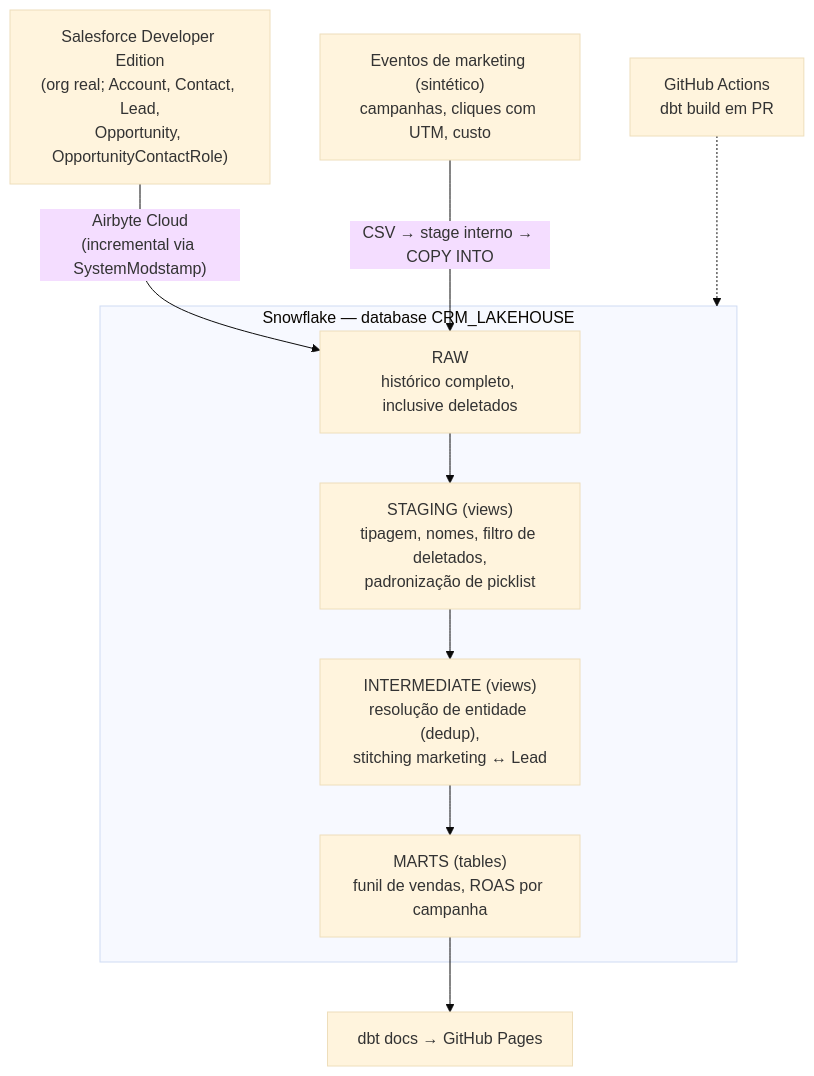
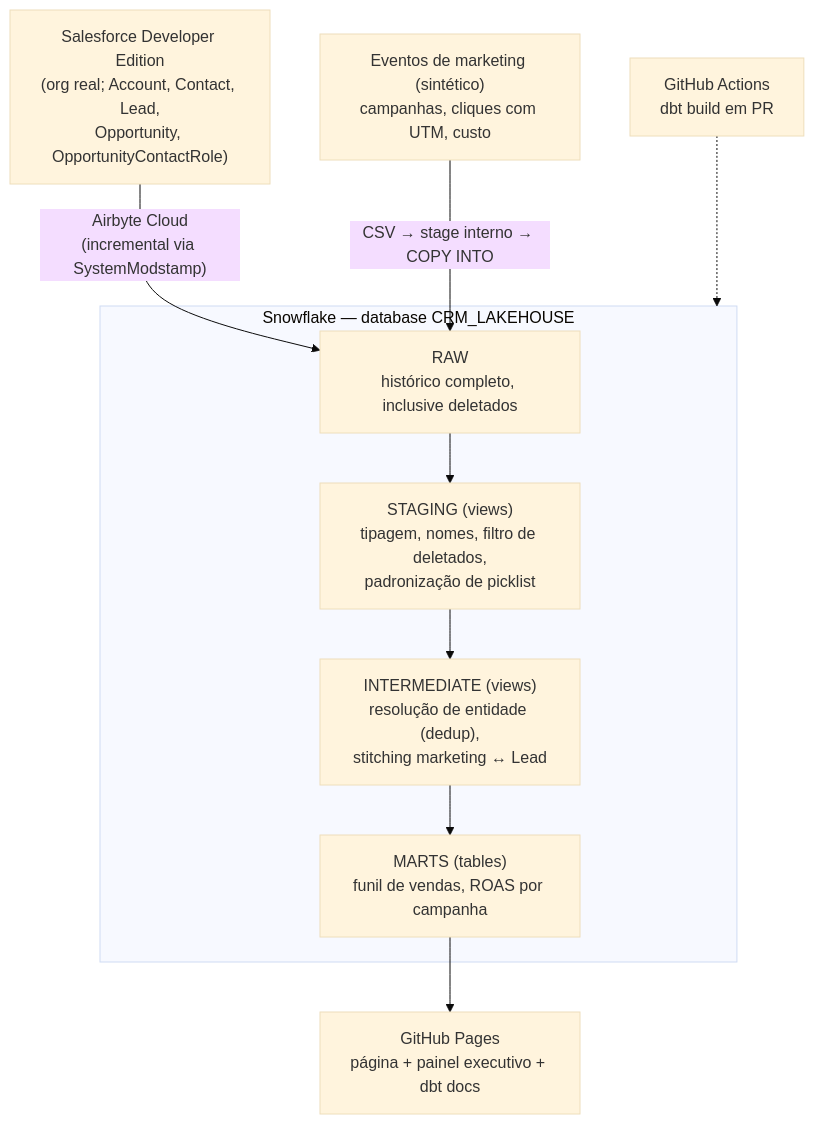
One commit to fabricioespel-bit/crm-lakehouse-decisions changed the diagram in README.md. Above: the diagram before and after it, drawn with Mermaid (base theme). The commit also changed other lines of this file and 13 other files, not shown here.

First line of the commit message:
feat: página do projeto com painel executivo no GitHub Pages (Fase 4) (#7)

````diff
--- a/README.md
+++ b/README.md
@@ -27,19 +29,19 @@
 ```mermaid
 flowchart TD
     SF["Salesforce Developer Edition<br/>(org real; Account, Contact, Lead,<br/>Opportunity, OpportunityContactRole)"]
     MK["Eventos de marketing (sintético)<br/>campanhas, cliques com UTM, custo"]
 
     SF -- "Airbyte Cloud<br/>(incremental via SystemModstamp)" --> RAW
     MK -- "CSV → stage interno → COPY INTO" --> RAW
 
     subgraph SNOW["Snowflake — database CRM_LAKEHOUSE"]
         RAW["RAW<br/>histórico completo, inclusive deletados"]
         STG["STAGING (views)<br/>tipagem, nomes, filtro de deletados,<br/>padronização de picklist"]
         INT["INTERMEDIATE (views)<br/>resolução de entidade (dedup),<br/>stitching marketing ↔ Lead"]
         MART["MARTS (tables)<br/>funil de vendas, ROAS por campanha"]
         RAW --> STG --> INT --> MART
     end
 
-    MART --> DOCS["dbt docs → GitHub Pages"]
+    MART --> DOCS["GitHub Pages<br/>página + painel executivo + dbt docs"]
     GH["GitHub Actions<br/>dbt build em PR"] -.-> SNOW
 ```
````
